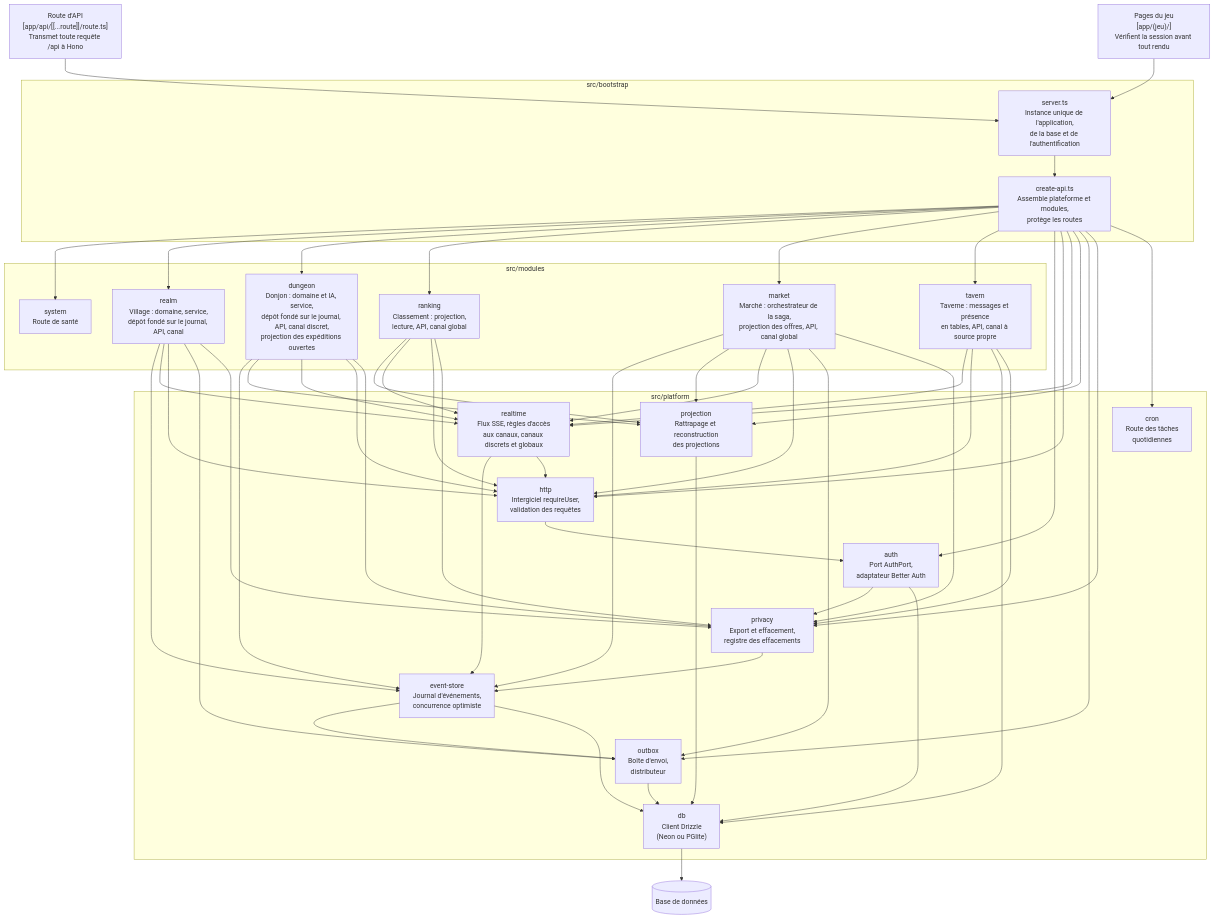
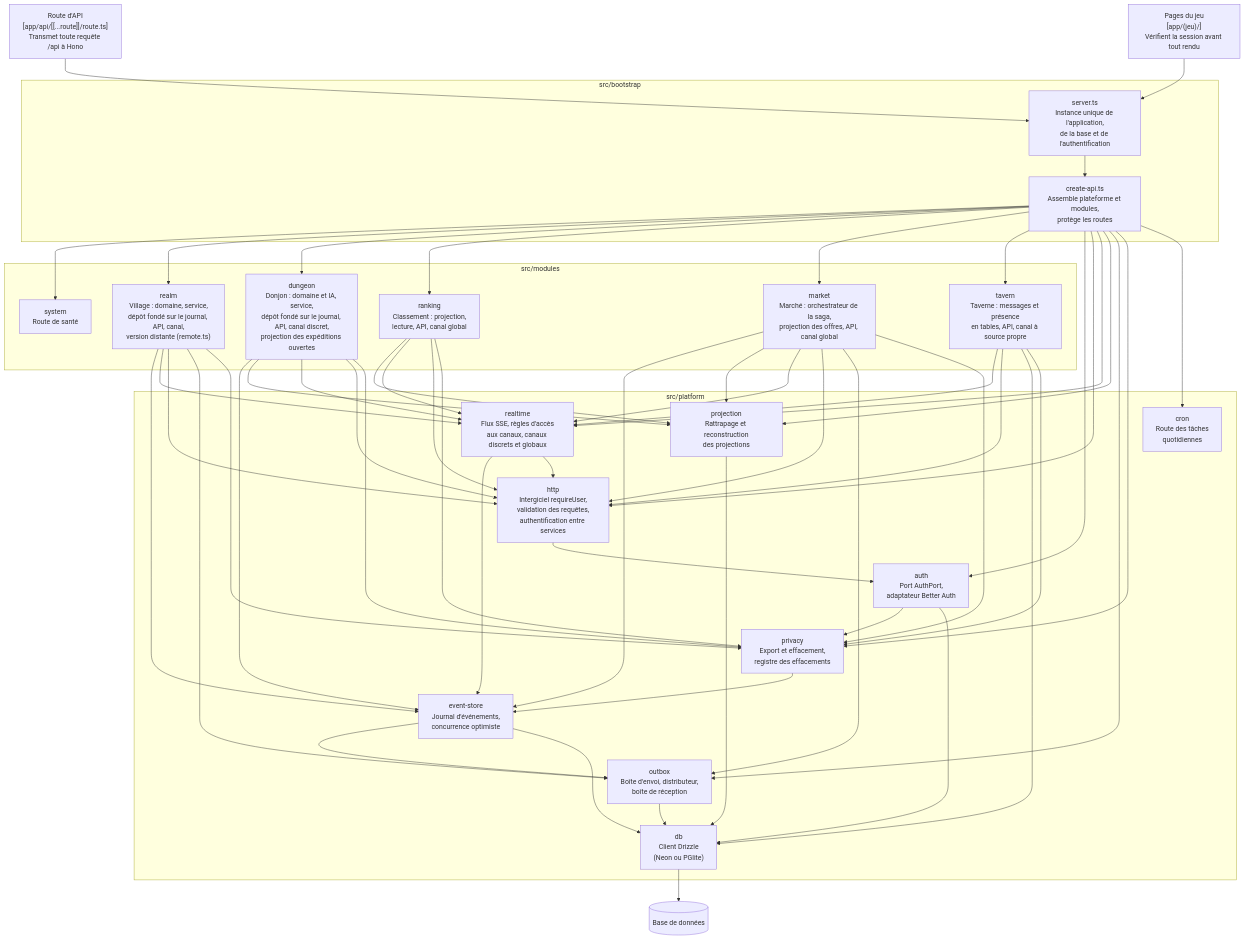
The third of 5 diagrams in docs/architecture.md (Swixos/royaumes), drawn with Mermaid before and after one commit. The commit also changed other lines of this file and 1 other file, not shown here.

First line of the commit message:
docs: update the village extraction documentation

````diff
--- a/docs/architecture.md
+++ b/docs/architecture.md
@@ -55,49 +55,49 @@
 ```mermaid
 flowchart TB
   route["Route d'API<br/>[app/api/[[...route]]/route.ts]<br/>Transmet toute requête /api à Hono"]
   pages["Pages du jeu<br/>[app/(jeu)/]<br/>Vérifient la session avant tout rendu"]
   subgraph bootstrap["src/bootstrap"]
     server["server.ts<br/>Instance unique de l'application,<br/>de la base et de l'authentification"]
     createapi["create-api.ts<br/>Assemble plateforme et modules,<br/>protège les routes"]
   end
   subgraph modules["src/modules"]
     system["system<br/>Route de santé"]
-    realm["realm<br/>Village : domaine, service,<br/>dépôt fondé sur le journal, API, canal"]
+    realm["realm<br/>Village : domaine, service,<br/>dépôt fondé sur le journal, API, canal,<br/>version distante (remote.ts)"]
     dungeon["dungeon<br/>Donjon : domaine et IA, service,<br/>dépôt fondé sur le journal, API, canal discret,<br/>projection des expéditions ouvertes"]
     ranking["ranking<br/>Classement : projection,<br/>lecture, API, canal global"]
     market["market<br/>Marché : orchestrateur de la saga,<br/>projection des offres, API, canal global"]
     tavern["tavern<br/>Taverne : messages et présence<br/>en tables, API, canal à source propre"]
   end
   subgraph platform["src/platform"]
     auth["auth<br/>Port AuthPort,<br/>adaptateur Better Auth"]
-    http["http<br/>Intergiciel requireUser,<br/>validation des requêtes"]
+    http["http<br/>Intergiciel requireUser,<br/>validation des requêtes,<br/>authentification entre services"]
     realtime["realtime<br/>Flux SSE, règles d'accès<br/>aux canaux, canaux discrets et globaux"]
     store["event-store<br/>Journal d'événements,<br/>concurrence optimiste"]
     projection["projection<br/>Rattrapage et reconstruction<br/>des projections"]
-    outbox["outbox<br/>Boîte d'envoi,<br/>distributeur"]
+    outbox["outbox<br/>Boîte d'envoi, distributeur,<br/>boîte de réception"]
     privacy["privacy<br/>Export et effacement,<br/>registre des effacements"]
     cron["cron<br/>Route des tâches<br/>quotidiennes"]
     db["db<br/>Client Drizzle<br/>(Neon ou PGlite)"]
   end
   base[("Base de données")]
   route --> server
   pages --> server
   server --> createapi
   createapi --> system & realm & dungeon & ranking & market & tavern & auth & http & realtime & projection & outbox & privacy & cron
   realm --> store & realtime & http & outbox
   market --> store & projection & realtime & http & outbox
   dungeon --> store & projection & realtime & http
   ranking --> projection & realtime & http
   tavern --> realtime & http & db
   realm & dungeon & market & ranking & tavern --> privacy
   privacy --> store
   auth --> privacy
   realtime --> store & http
   projection --> db
   store --> outbox
   outbox --> db
   http --> auth
   auth --> db
   store --> db
   db --> base
 ```
````
